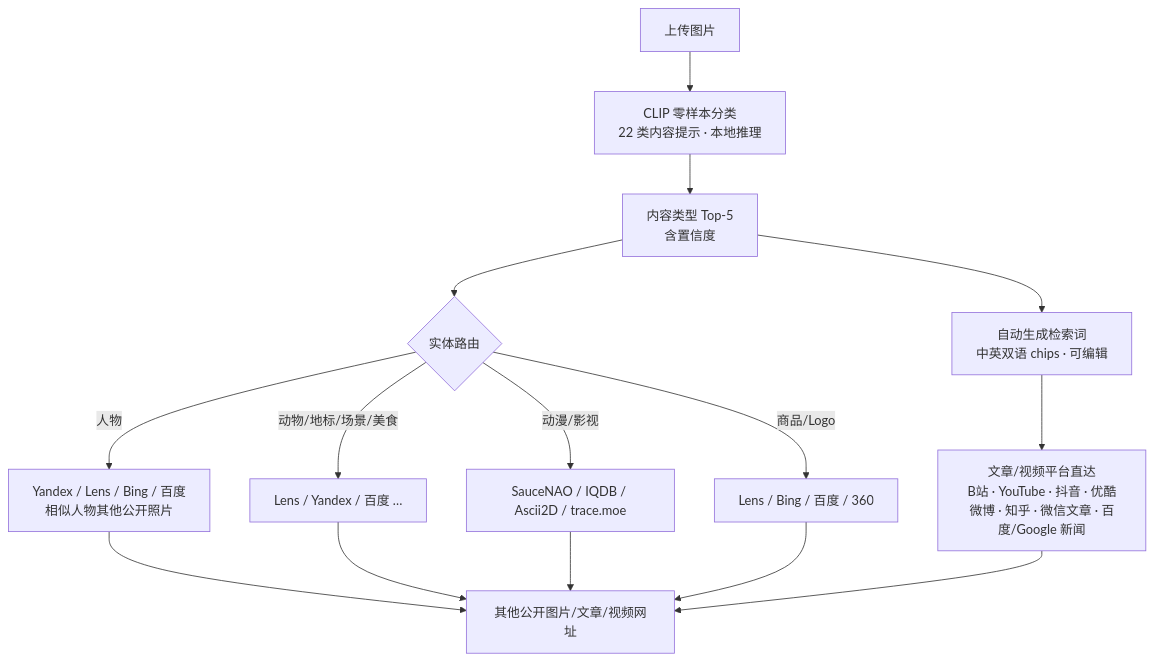
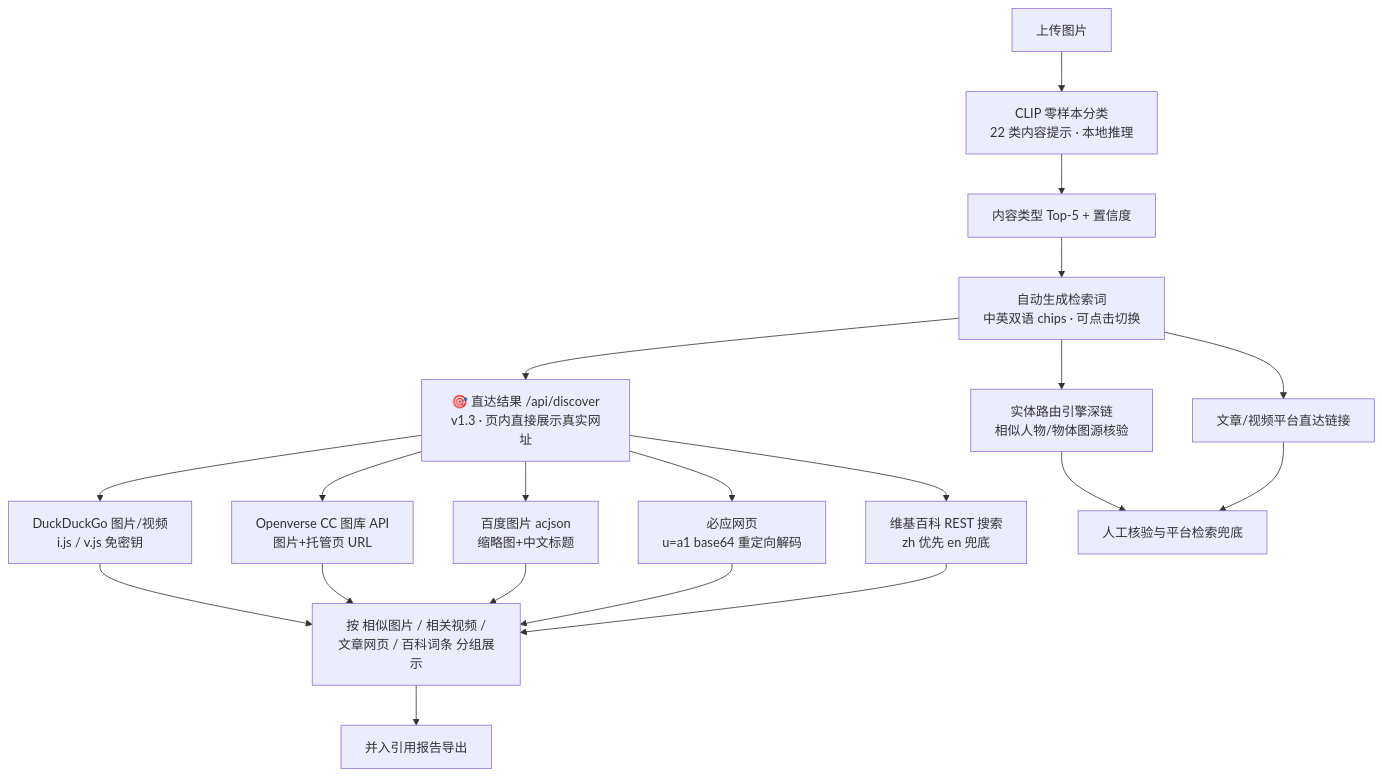
The fifth of 5 diagrams in README.md (xiaoanping-101/pictrace), drawn with Mermaid before and after one commit. The commit also changed other lines of this file and 8 other files, not shown here.

````diff
--- a/README.md
+++ b/README.md
@@ -186,14 +187,17 @@
 ```mermaid
 flowchart TD
     A[上传图片] --> B[CLIP 零样本分类<br/>22 类内容提示 · 本地推理]
-    B --> C[内容类型 Top-5<br/>含置信度]
-    C --> D[自动生成检索词<br/>中英双语 chips · 可编辑]
-    C --> E{实体路由}
-    E -- 人物 --> F[Yandex / Lens / Bing / 百度<br/>相似人物其他公开照片]
-    E -- 动物/地标/场景/美食 --> G[Lens / Yandex / 百度 …]
-    E -- 动漫/影视 --> H[SauceNAO / IQDB / Ascii2D / trace.moe]
-    E -- 商品/Logo --> I[Lens / Bing / 百度 / 360]
-    D --> J[文章/视频平台直达<br/>B站 · YouTube · 抖音 · 优酷<br/>微博 · 知乎 · 微信文章 · 百度/Google 新闻]
-    F & G & H & I --> K[其他公开图片/文章/视频网址]
-    J --> K
+    B --> C[内容类型 Top-5 + 置信度]
+    C --> D[自动生成检索词<br/>中英双语 chips · 可点击切换]
+    D --> E1[🎯 直达结果 /api/discover<br/>v1.3 · 页内直接展示真实网址]
+    D --> E2[实体路由引擎深链<br/>相似人物/物体图源核验]
+    D --> E3[文章/视频平台直达链接]
+    E1 --> F1[DuckDuckGo 图片/视频<br/>i.js / v.js 免密钥]
+    E1 --> F2[Openverse CC 图库 API<br/>图片+托管页 URL]
+    E1 --> F3[百度图片 acjson<br/>缩略图+中文标题]
+    E1 --> F4[必应网页<br/>u=a1 base64 重定向解码]
+    E1 --> F5[维基百科 REST 搜索<br/>zh 优先 en 兜底]
+    F1 & F2 & F3 & F4 & F5 --> G[按 相似图片 / 相关视频 /<br/>文章网页 / 百科词条 分组展示]
+    G --> H[并入引用报告导出]
+    E2 & E3 --> I[人工核验与平台检索兜底]
 ```
````
